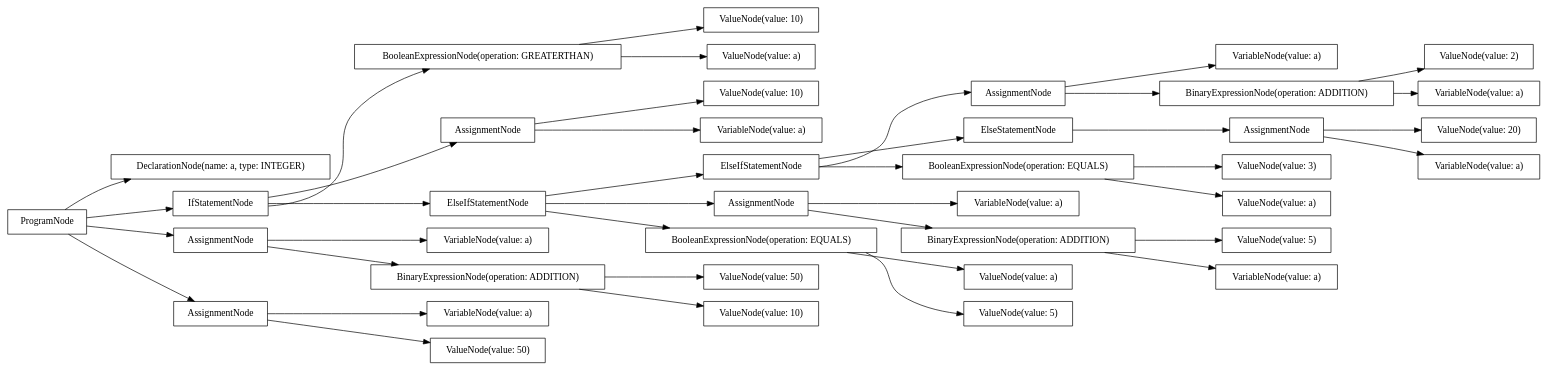
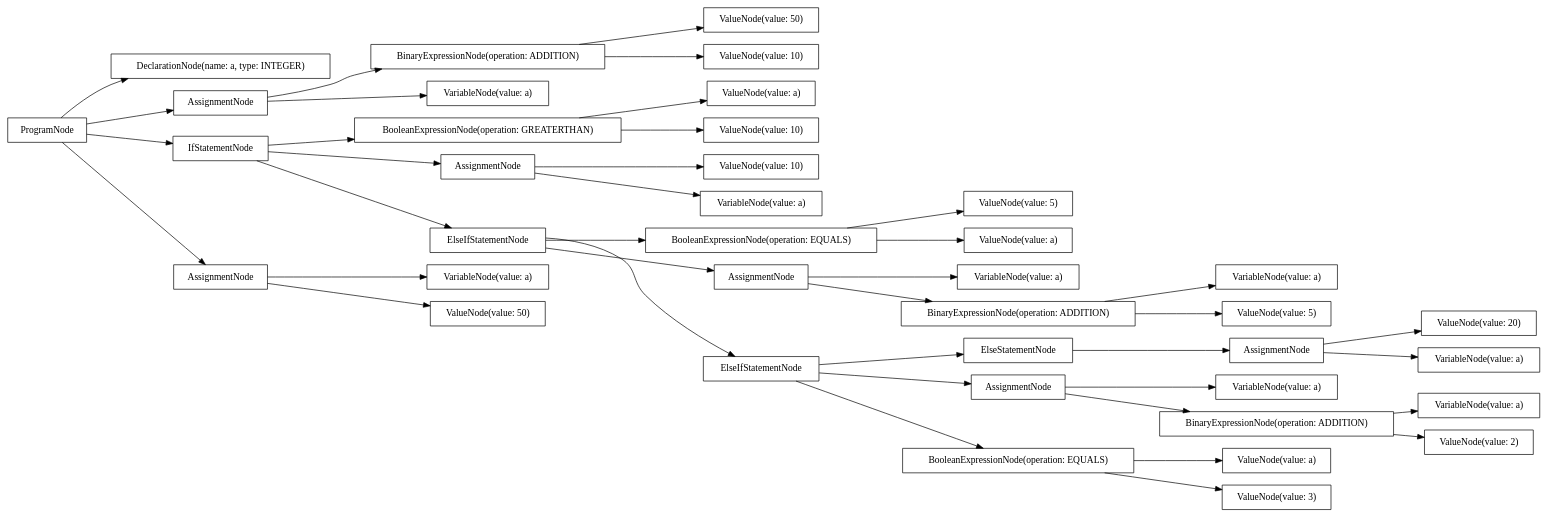
The diagram in src/output/dot/example-boolean.dot (AtLeastITry/ANTLR-Python-Compiler), drawn with Graphviz before and after one commit. The commit also changed 10 other files, not shown here.

```diff
--- a/src/output/dot/example-boolean.dot
+++ b/src/output/dot/example-boolean.dot
@@ -1,80 +1,80 @@
 digraph G {
 rankdir=LR
-"fc91473d-916f-4ab2-8137-911f1be87f73" [label="ValueNode(value: 5)" shape="box"];
-"b1a84f69-2ea3-4959-be6c-c0fd0f7e8416" [label="ValueNode(value: 2)" shape="box"];
-"89944111-6b19-4f9b-bcec-f4814f4ce5a5" [label="ValueNode(value: 10)" shape="box"];
-"ab3f13bc-73a8-4540-acc8-3ad2bf3538c0" [label="ValueNode(value: a)" shape="box"];
-"0ac69b6e-9ba3-409f-8cf1-62db7f14176f" [label="VariableNode(value: a)" shape="box"];
-"c065e7d3-8b35-4d64-8308-78f357e1ad7b" [label="ValueNode(value: 50)" shape="box"];
-"f0733639-56bd-499f-8349-3ff93522e230" [label="ValueNode(value: 3)" shape="box"];
-"306aff1c-b40f-4a07-b8b6-47232298e7ff" [label="ElseIfStatementNode" shape="box"];
-"3bbb63ff-b3f7-42f9-a0df-03fc9f4ad7ef" [label="VariableNode(value: a)" shape="box"];
-"de28a276-73ef-4193-9a1a-cc5c6751b8fa" [label="ProgramNode" shape="box"];
-"c2c061d8-b27f-4a42-b448-9160d014e396" [label="BooleanExpressionNode(operation: GREATERTHAN)" shape="box"];
-"242ff0c8-fccf-476d-89c4-c4b8a78e2e38" [label="AssignmentNode" shape="box"];
-"e7dc4390-a60f-4a0c-ba93-c32d9e15e8f6" [label="DeclarationNode(name: a, type: INTEGER)" shape="box"];
-"d159b282-c141-4a9a-95fb-8f04d90293ee" [label="ValueNode(value: 10)" shape="box"];
-"c4a2b822-7f05-4318-b1ba-75717c2b2429" [label="AssignmentNode" shape="box"];
-"7b451699-1c57-418b-836e-758edf3a47ce" [label="VariableNode(value: a)" shape="box"];
-"80edd050-2043-4fe4-bae9-e3055e8177a1" [label="AssignmentNode" shape="box"];
-"d9e2c5c9-7480-4fa2-b885-3415321c085d" [label="IfStatementNode" shape="box"];
-"90d76899-32f7-44b2-a9d0-ee53925bd94e" [label="ValueNode(value: a)" shape="box"];
-"6e37471e-0616-47db-b288-9bb60af81342" [label="ValueNode(value: 50)" shape="box"];
-"a00b871d-07b6-4edb-8d01-30f4f48b17e6" [label="BinaryExpressionNode(operation: ADDITION)" shape="box"];
-"97ceb153-4726-45c8-bc2f-00b0f4f4a3bc" [label="AssignmentNode" shape="box"];
-"58248deb-caf8-48e9-8999-b710310133f1" [label="ValueNode(value: 10)" shape="box"];
-"ed2e747e-a792-42ca-a5eb-33b4a64f43b0" [label="VariableNode(value: a)" shape="box"];
-"189de258-eb5c-4a9b-932b-47d4553277e5" [label="BinaryExpressionNode(operation: ADDITION)" shape="box"];
-"9287ad70-6315-40d4-b38d-9bc426ac5ab8" [label="AssignmentNode" shape="box"];
-"66cfd2fc-9af1-4ab0-9630-2a0f55f26114" [label="ValueNode(value: a)" shape="box"];
-"d0d5b5ca-754b-4d21-bbf2-08b175c5e19e" [label="ValueNode(value: 20)" shape="box"];
-"5ab7579e-3e25-4599-8efa-fc4d6176693a" [label="VariableNode(value: a)" shape="box"];
-"dde07722-2488-496e-8c2f-efb0a4e8e03c" [label="BooleanExpressionNode(operation: EQUALS)" shape="box"];
-"868b1508-e541-40a0-9035-4de8040bd49b" [label="VariableNode(value: a)" shape="box"];
-"55da513b-a6b1-41c3-af15-24bcf8e1c2b4" [label="AssignmentNode" shape="box"];
-"0a5fbe4b-16e7-476d-a464-c42e9e8553a4" [label="ElseIfStatementNode" shape="box"];
-"4e4d44f8-b34f-4a59-8c76-927628f4b360" [label="VariableNode(value: a)" shape="box"];
-"9ec037fb-97b8-490c-84cf-53334eb4ba70" [label="VariableNode(value: a)" shape="box"];
-"a88d92ee-3245-4645-b84a-a90f8ee108bf" [label="ValueNode(value: 5)" shape="box"];
-"8064e8df-728e-4230-9685-b7cc7e5ce0ed" [label="ElseStatementNode" shape="box"];
-"17190af0-00fa-4a03-8443-b88405b8d0d1" [label="BooleanExpressionNode(operation: EQUALS)" shape="box"];
-"5dcded86-6654-414d-af39-f00399d01507" [label="BinaryExpressionNode(operation: ADDITION)" shape="box"];
-"de28a276-73ef-4193-9a1a-cc5c6751b8fa" -> "e7dc4390-a60f-4a0c-ba93-c32d9e15e8f6";
-"de28a276-73ef-4193-9a1a-cc5c6751b8fa" -> "9287ad70-6315-40d4-b38d-9bc426ac5ab8";
-"9287ad70-6315-40d4-b38d-9bc426ac5ab8" -> "0ac69b6e-9ba3-409f-8cf1-62db7f14176f";
-"9287ad70-6315-40d4-b38d-9bc426ac5ab8" -> "6e37471e-0616-47db-b288-9bb60af81342";
-"de28a276-73ef-4193-9a1a-cc5c6751b8fa" -> "d9e2c5c9-7480-4fa2-b885-3415321c085d";
-"d9e2c5c9-7480-4fa2-b885-3415321c085d" -> "c2c061d8-b27f-4a42-b448-9160d014e396";
-"c2c061d8-b27f-4a42-b448-9160d014e396" -> "90d76899-32f7-44b2-a9d0-ee53925bd94e";
-"c2c061d8-b27f-4a42-b448-9160d014e396" -> "89944111-6b19-4f9b-bcec-f4814f4ce5a5";
-"d9e2c5c9-7480-4fa2-b885-3415321c085d" -> "80edd050-2043-4fe4-bae9-e3055e8177a1";
-"80edd050-2043-4fe4-bae9-e3055e8177a1" -> "4e4d44f8-b34f-4a59-8c76-927628f4b360";
-"80edd050-2043-4fe4-bae9-e3055e8177a1" -> "58248deb-caf8-48e9-8999-b710310133f1";
-"d9e2c5c9-7480-4fa2-b885-3415321c085d" -> "0a5fbe4b-16e7-476d-a464-c42e9e8553a4";
-"0a5fbe4b-16e7-476d-a464-c42e9e8553a4" -> "dde07722-2488-496e-8c2f-efb0a4e8e03c";
-"dde07722-2488-496e-8c2f-efb0a4e8e03c" -> "ab3f13bc-73a8-4540-acc8-3ad2bf3538c0";
-"dde07722-2488-496e-8c2f-efb0a4e8e03c" -> "a88d92ee-3245-4645-b84a-a90f8ee108bf";
-"0a5fbe4b-16e7-476d-a464-c42e9e8553a4" -> "c4a2b822-7f05-4318-b1ba-75717c2b2429";
-"c4a2b822-7f05-4318-b1ba-75717c2b2429" -> "868b1508-e541-40a0-9035-4de8040bd49b";
-"c4a2b822-7f05-4318-b1ba-75717c2b2429" -> "5dcded86-6654-414d-af39-f00399d01507";
-"5dcded86-6654-414d-af39-f00399d01507" -> "7b451699-1c57-418b-836e-758edf3a47ce";
-"5dcded86-6654-414d-af39-f00399d01507" -> "fc91473d-916f-4ab2-8137-911f1be87f73";
-"0a5fbe4b-16e7-476d-a464-c42e9e8553a4" -> "306aff1c-b40f-4a07-b8b6-47232298e7ff";
-"306aff1c-b40f-4a07-b8b6-47232298e7ff" -> "17190af0-00fa-4a03-8443-b88405b8d0d1";
-"17190af0-00fa-4a03-8443-b88405b8d0d1" -> "66cfd2fc-9af1-4ab0-9630-2a0f55f26114";
-"17190af0-00fa-4a03-8443-b88405b8d0d1" -> "f0733639-56bd-499f-8349-3ff93522e230";
-"306aff1c-b40f-4a07-b8b6-47232298e7ff" -> "242ff0c8-fccf-476d-89c4-c4b8a78e2e38";
-"242ff0c8-fccf-476d-89c4-c4b8a78e2e38" -> "3bbb63ff-b3f7-42f9-a0df-03fc9f4ad7ef";
-"242ff0c8-fccf-476d-89c4-c4b8a78e2e38" -> "a00b871d-07b6-4edb-8d01-30f4f48b17e6";
-"a00b871d-07b6-4edb-8d01-30f4f48b17e6" -> "9ec037fb-97b8-490c-84cf-53334eb4ba70";
-"a00b871d-07b6-4edb-8d01-30f4f48b17e6" -> "b1a84f69-2ea3-4959-be6c-c0fd0f7e8416";
-"306aff1c-b40f-4a07-b8b6-47232298e7ff" -> "8064e8df-728e-4230-9685-b7cc7e5ce0ed";
-"8064e8df-728e-4230-9685-b7cc7e5ce0ed" -> "55da513b-a6b1-41c3-af15-24bcf8e1c2b4";
-"55da513b-a6b1-41c3-af15-24bcf8e1c2b4" -> "5ab7579e-3e25-4599-8efa-fc4d6176693a";
-"55da513b-a6b1-41c3-af15-24bcf8e1c2b4" -> "d0d5b5ca-754b-4d21-bbf2-08b175c5e19e";
-"de28a276-73ef-4193-9a1a-cc5c6751b8fa" -> "97ceb153-4726-45c8-bc2f-00b0f4f4a3bc";
-"97ceb153-4726-45c8-bc2f-00b0f4f4a3bc" -> "ed2e747e-a792-42ca-a5eb-33b4a64f43b0";
-"97ceb153-4726-45c8-bc2f-00b0f4f4a3bc" -> "189de258-eb5c-4a9b-932b-47d4553277e5";
-"189de258-eb5c-4a9b-932b-47d4553277e5" -> "d159b282-c141-4a9a-95fb-8f04d90293ee";
-"189de258-eb5c-4a9b-932b-47d4553277e5" -> "c065e7d3-8b35-4d64-8308-78f357e1ad7b";
+"5b54dadd-e4da-4c85-8fff-c4022298f5b3" [label="DeclarationNode(name: a, type: INTEGER)" shape="box"];
+"40d6277c-c546-4fe8-a763-1e968d8f633e" [label="ValueNode(value: a)" shape="box"];
+"5d114851-eccb-4537-88cd-ee0627b91c4f" [label="ValueNode(value: 20)" shape="box"];
+"ebc1dec5-547e-4a84-934c-5d6a033ab121" [label="AssignmentNode" shape="box"];
+"e0390fdb-f159-4ec2-957a-8147b85d535d" [label="VariableNode(value: a)" shape="box"];
+"e85bd9a0-87e4-47e6-8d9d-8c4341fb0059" [label="BinaryExpressionNode(operation: ADDITION)" shape="box"];
+"d0046372-ad0a-4121-8c4f-9066afc0bdb1" [label="AssignmentNode" shape="box"];
+"485bfdc8-808f-4115-8783-376295cc712c" [label="BinaryExpressionNode(operation: ADDITION)" shape="box"];
+"13a90191-a103-4cd7-90d2-b9d2e34dcba8" [label="BooleanExpressionNode(operation: GREATERTHAN)" shape="box"];
+"e4d9e9c6-6020-46f5-90cf-e9c9f33a09ba" [label="VariableNode(value: a)" shape="box"];
+"efdd9ed7-e2f0-476e-aaa0-9ef239670baf" [label="BooleanExpressionNode(operation: EQUALS)" shape="box"];
+"66d54c8b-cdeb-4f06-8825-0381a30dff95" [label="IfStatementNode" shape="box"];
+"b554511f-868f-4105-a782-c584e2c1ca89" [label="ValueNode(value: 10)" shape="box"];
+"a6132900-87b8-4828-9f2f-ffb277f902b5" [label="VariableNode(value: a)" shape="box"];
+"330a4d1b-792f-4abd-a0a6-6e9a5263694f" [label="AssignmentNode" shape="box"];
+"a66a5472-7f75-423e-9249-67812744f588" [label="AssignmentNode" shape="box"];
+"44d74aa0-46c2-460c-bb8d-82a3e39b4414" [label="VariableNode(value: a)" shape="box"];
+"f71a151b-416f-4f9f-afce-1e0c53b5d05e" [label="ValueNode(value: 50)" shape="box"];
+"41940ca3-608d-4087-9f34-4ed15377b5b5" [label="ElseStatementNode" shape="box"];
+"60b3863a-c818-447d-9cc4-b00a15d4e86d" [label="ProgramNode" shape="box"];
+"2636d471-edf1-4a66-a6b7-ed4f1967f393" [label="ValueNode(value: 3)" shape="box"];
+"adbf619c-8660-4fed-9bed-cfd37de9a59b" [label="VariableNode(value: a)" shape="box"];
+"3299a80d-1f5f-4ec8-ace6-3ad7f42a3d3d" [label="ValueNode(value: 50)" shape="box"];
+"cc70c560-7e6d-4f61-941f-3d5818f986c7" [label="ValueNode(value: 2)" shape="box"];
+"9db5a51b-49c9-47fe-bbcd-3ed4f6f29054" [label="ElseIfStatementNode" shape="box"];
+"1053f2f2-ccf5-4da9-955c-106ee120e847" [label="AssignmentNode" shape="box"];
+"19855a9e-fa7c-4e3b-bac4-8780b5ae8f1f" [label="VariableNode(value: a)" shape="box"];
+"1c11fd54-ecbe-4e8a-8010-da07f3df9c13" [label="ValueNode(value: a)" shape="box"];
+"dd7a55a1-badf-4e80-92b4-ee3a22af13c9" [label="ValueNode(value: 5)" shape="box"];
+"441b0ca7-5146-4376-9bfd-2f9cef15918a" [label="ValueNode(value: 5)" shape="box"];
+"0555c87e-a9ed-4f95-b517-00e205de290a" [label="VariableNode(value: a)" shape="box"];
+"a5de8999-632c-43f6-99d5-0b425773a58a" [label="ValueNode(value: a)" shape="box"];
+"ab9c3578-8b5b-4695-bc8e-ad6d51cd1870" [label="ValueNode(value: 10)" shape="box"];
+"2e18c14f-9d7e-4c19-a05b-e6bee778f4d9" [label="ElseIfStatementNode" shape="box"];
+"d33f120b-1941-46bb-9d6a-ef41d977be66" [label="ValueNode(value: 10)" shape="box"];
+"9a4e03cb-e791-4708-b849-e323ce5826db" [label="AssignmentNode" shape="box"];
+"a1d406e5-8cc2-432e-ac57-ced7cab223da" [label="VariableNode(value: a)" shape="box"];
+"a691ee25-c38b-475f-8583-134d3562f4bb" [label="BooleanExpressionNode(operation: EQUALS)" shape="box"];
+"a5c0d56d-7bc3-4dc1-a9d4-a3548d4972dd" [label="BinaryExpressionNode(operation: ADDITION)" shape="box"];
+"60b3863a-c818-447d-9cc4-b00a15d4e86d" -> "5b54dadd-e4da-4c85-8fff-c4022298f5b3";
+"60b3863a-c818-447d-9cc4-b00a15d4e86d" -> "9a4e03cb-e791-4708-b849-e323ce5826db";
+"9a4e03cb-e791-4708-b849-e323ce5826db" -> "adbf619c-8660-4fed-9bed-cfd37de9a59b";
+"9a4e03cb-e791-4708-b849-e323ce5826db" -> "3299a80d-1f5f-4ec8-ace6-3ad7f42a3d3d";
+"60b3863a-c818-447d-9cc4-b00a15d4e86d" -> "66d54c8b-cdeb-4f06-8825-0381a30dff95";
+"66d54c8b-cdeb-4f06-8825-0381a30dff95" -> "13a90191-a103-4cd7-90d2-b9d2e34dcba8";
+"13a90191-a103-4cd7-90d2-b9d2e34dcba8" -> "1c11fd54-ecbe-4e8a-8010-da07f3df9c13";
+"13a90191-a103-4cd7-90d2-b9d2e34dcba8" -> "ab9c3578-8b5b-4695-bc8e-ad6d51cd1870";
+"66d54c8b-cdeb-4f06-8825-0381a30dff95" -> "330a4d1b-792f-4abd-a0a6-6e9a5263694f";
+"330a4d1b-792f-4abd-a0a6-6e9a5263694f" -> "a6132900-87b8-4828-9f2f-ffb277f902b5";
+"330a4d1b-792f-4abd-a0a6-6e9a5263694f" -> "b554511f-868f-4105-a782-c584e2c1ca89";
+"66d54c8b-cdeb-4f06-8825-0381a30dff95" -> "2e18c14f-9d7e-4c19-a05b-e6bee778f4d9";
+"2e18c14f-9d7e-4c19-a05b-e6bee778f4d9" -> "efdd9ed7-e2f0-476e-aaa0-9ef239670baf";
+"efdd9ed7-e2f0-476e-aaa0-9ef239670baf" -> "a5de8999-632c-43f6-99d5-0b425773a58a";
+"efdd9ed7-e2f0-476e-aaa0-9ef239670baf" -> "441b0ca7-5146-4376-9bfd-2f9cef15918a";
+"2e18c14f-9d7e-4c19-a05b-e6bee778f4d9" -> "a66a5472-7f75-423e-9249-67812744f588";
+"a66a5472-7f75-423e-9249-67812744f588" -> "e0390fdb-f159-4ec2-957a-8147b85d535d";
+"a66a5472-7f75-423e-9249-67812744f588" -> "e85bd9a0-87e4-47e6-8d9d-8c4341fb0059";
+"e85bd9a0-87e4-47e6-8d9d-8c4341fb0059" -> "19855a9e-fa7c-4e3b-bac4-8780b5ae8f1f";
+"e85bd9a0-87e4-47e6-8d9d-8c4341fb0059" -> "dd7a55a1-badf-4e80-92b4-ee3a22af13c9";
+"2e18c14f-9d7e-4c19-a05b-e6bee778f4d9" -> "9db5a51b-49c9-47fe-bbcd-3ed4f6f29054";
+"9db5a51b-49c9-47fe-bbcd-3ed4f6f29054" -> "a691ee25-c38b-475f-8583-134d3562f4bb";
+"a691ee25-c38b-475f-8583-134d3562f4bb" -> "40d6277c-c546-4fe8-a763-1e968d8f633e";
+"a691ee25-c38b-475f-8583-134d3562f4bb" -> "2636d471-edf1-4a66-a6b7-ed4f1967f393";
+"9db5a51b-49c9-47fe-bbcd-3ed4f6f29054" -> "1053f2f2-ccf5-4da9-955c-106ee120e847";
+"1053f2f2-ccf5-4da9-955c-106ee120e847" -> "e4d9e9c6-6020-46f5-90cf-e9c9f33a09ba";
+"1053f2f2-ccf5-4da9-955c-106ee120e847" -> "a5c0d56d-7bc3-4dc1-a9d4-a3548d4972dd";
+"a5c0d56d-7bc3-4dc1-a9d4-a3548d4972dd" -> "44d74aa0-46c2-460c-bb8d-82a3e39b4414";
+"a5c0d56d-7bc3-4dc1-a9d4-a3548d4972dd" -> "cc70c560-7e6d-4f61-941f-3d5818f986c7";
+"9db5a51b-49c9-47fe-bbcd-3ed4f6f29054" -> "41940ca3-608d-4087-9f34-4ed15377b5b5";
+"41940ca3-608d-4087-9f34-4ed15377b5b5" -> "d0046372-ad0a-4121-8c4f-9066afc0bdb1";
+"d0046372-ad0a-4121-8c4f-9066afc0bdb1" -> "0555c87e-a9ed-4f95-b517-00e205de290a";
+"d0046372-ad0a-4121-8c4f-9066afc0bdb1" -> "5d114851-eccb-4537-88cd-ee0627b91c4f";
+"60b3863a-c818-447d-9cc4-b00a15d4e86d" -> "ebc1dec5-547e-4a84-934c-5d6a033ab121";
+"ebc1dec5-547e-4a84-934c-5d6a033ab121" -> "a1d406e5-8cc2-432e-ac57-ced7cab223da";
+"ebc1dec5-547e-4a84-934c-5d6a033ab121" -> "485bfdc8-808f-4115-8783-376295cc712c";
+"485bfdc8-808f-4115-8783-376295cc712c" -> "d33f120b-1941-46bb-9d6a-ef41d977be66";
+"485bfdc8-808f-4115-8783-376295cc712c" -> "f71a151b-416f-4f9f-afce-1e0c53b5d05e";
 }
```
